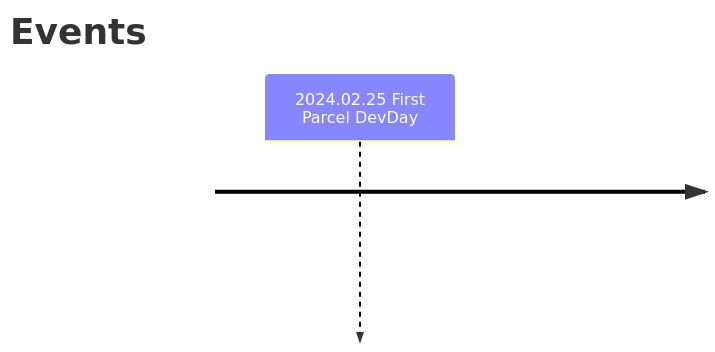
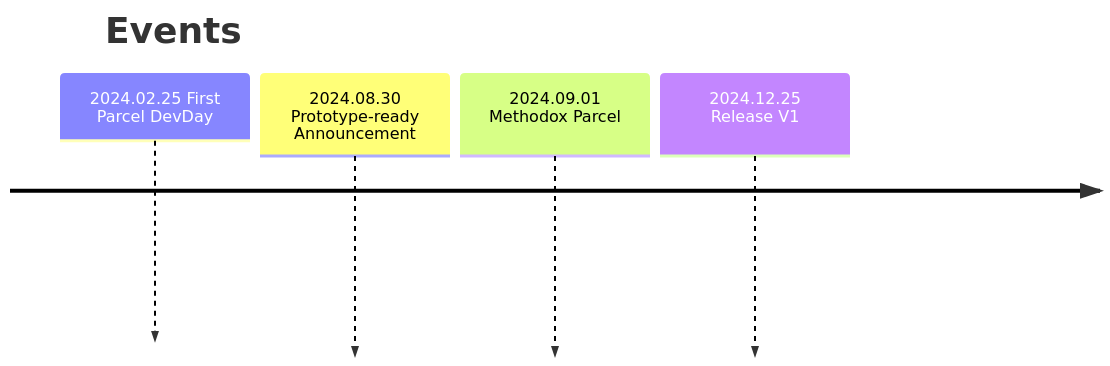
Before and after one commit to Parcel-NExT/Parcel_NExT: the second of 2 diagrams in docs/README.md, drawn with Mermaid. The commit also changed other lines of this file and 5 other files, not shown here.

````diff
--- a/docs/README.md
+++ b/docs/README.md
@@ -21,5 +23,8 @@
 ```mermaid
 timeline
 title Events
     2024.02.25 First Parcel DevDay
+    2024.08.30 Prototype-ready Announcement
+    2024.09.01 Methodox Parcel
+    2024.12.25 Release V1
 ```
````
